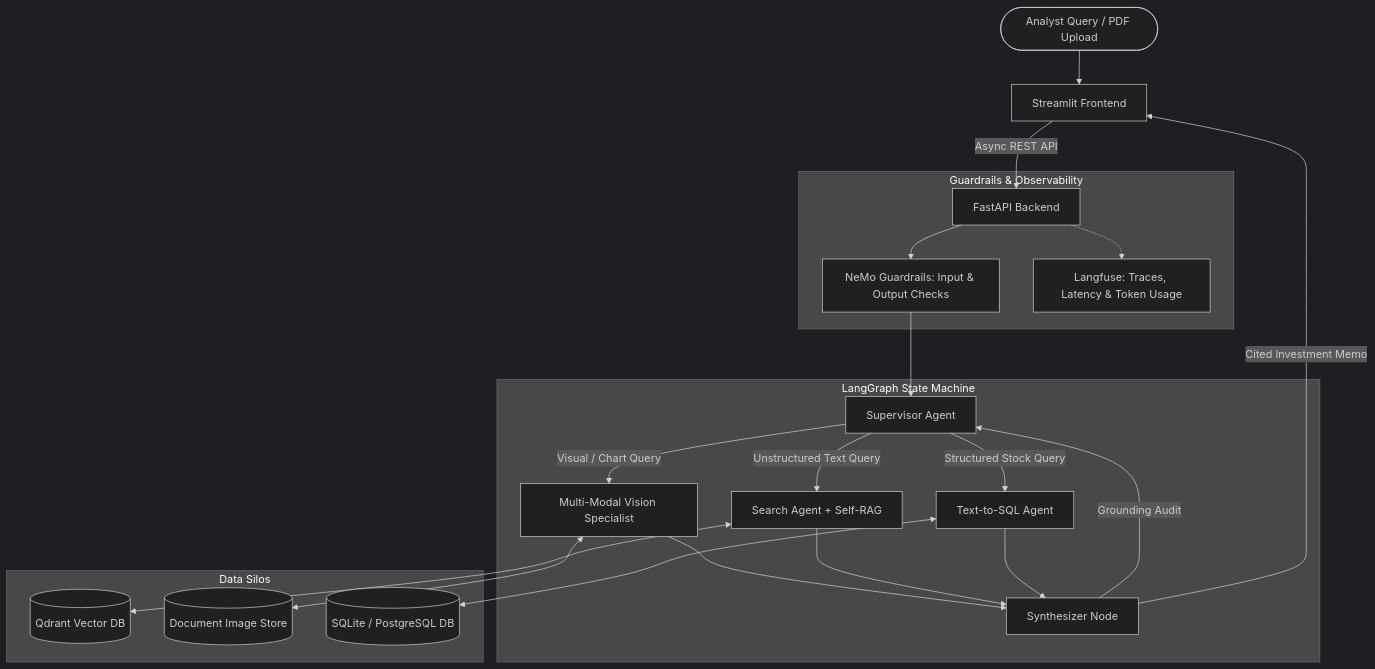
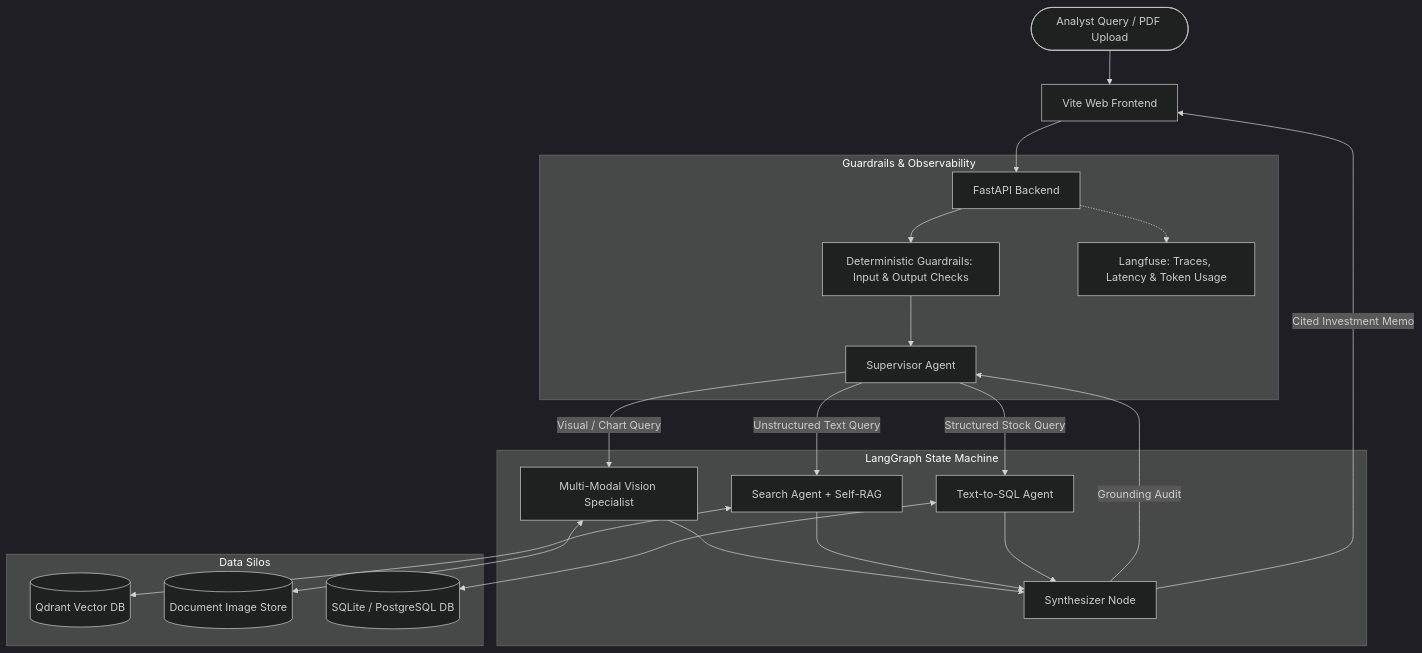
Before and after one commit to akhilcodi5/omnibrain-group2: the second of 2 diagrams in README.md, drawn with Mermaid (dark theme). The commit also changed other lines of this file, not shown here.

````diff
--- a/README.md
+++ b/README.md
@@ -176,32 +175,31 @@
 ```mermaid
 flowchart TD
-    User([Analyst Query / PDF Upload]) --> UI[Streamlit Frontend]
-    UI -->|Async REST API| API[FastAPI Backend]
+    User([Analyst Query / PDF Upload]) --> UI[Vite Web Frontend]
+    UI --> API[FastAPI Backend]
     
     subgraph Guardrails & Observability
-        API --> NeMo[NeMo Guardrails: Input & Output Checks]
+        API --> Guardrails[Deterministic Guardrails: Input & Output Checks]
+        Guardrails --> Supervisor[Supervisor Agent]
         API -.-> Langfuse[Langfuse: Traces, Latency & Token Usage]
     end
 
     subgraph Agentic Orchestrator [LangGraph State Machine]
-        NeMo --> Supervisor[Supervisor Agent]
-        
         Supervisor -->|Visual / Chart Query| VisionAgent[Multi-Modal Vision Specialist]
         Supervisor -->|Unstructured Text Query| SearchAgent[Search Agent + Self-RAG]
         Supervisor -->|Structured Stock Query| SQLAgent[Text-to-SQL Agent]
         
         VisionAgent --> Synthesizer[Synthesizer Node]
         SearchAgent --> Synthesizer
         SQLAgent --> Synthesizer
         
         Synthesizer -->|Grounding Audit| Supervisor
     end
 
     subgraph Data Silos
         SearchAgent <--> Qdrant[(Qdrant Vector DB)]
         VisionAgent <--> ImageStore[(Document Image Store)]
         SQLAgent <--> SQLDB[(SQLite / PostgreSQL DB)]
     end
 
     Synthesizer -->|Cited Investment Memo| UI
 ```
````
